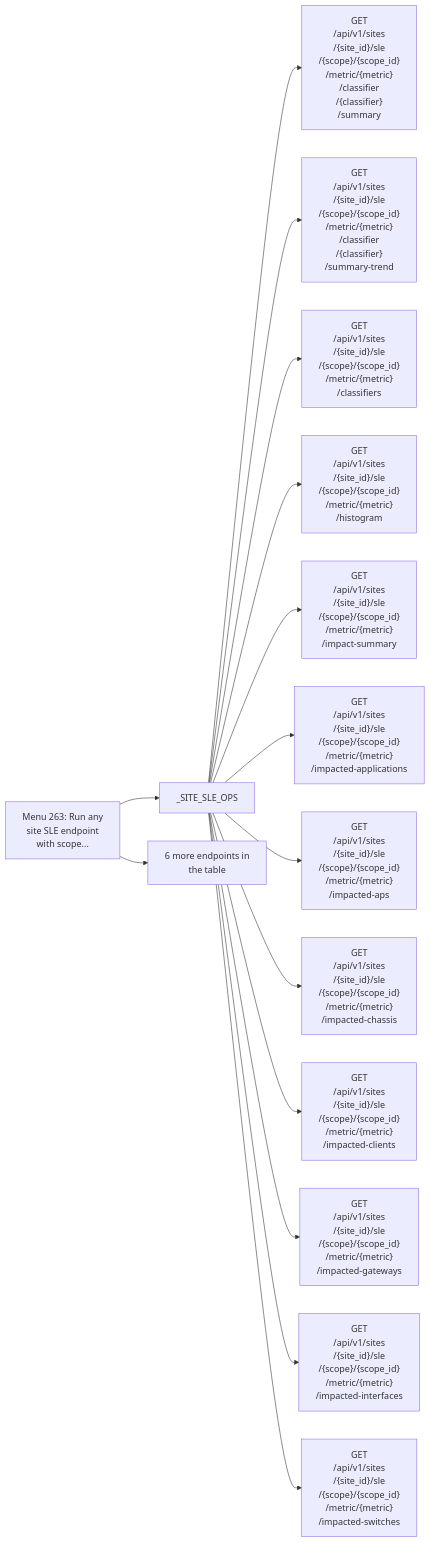
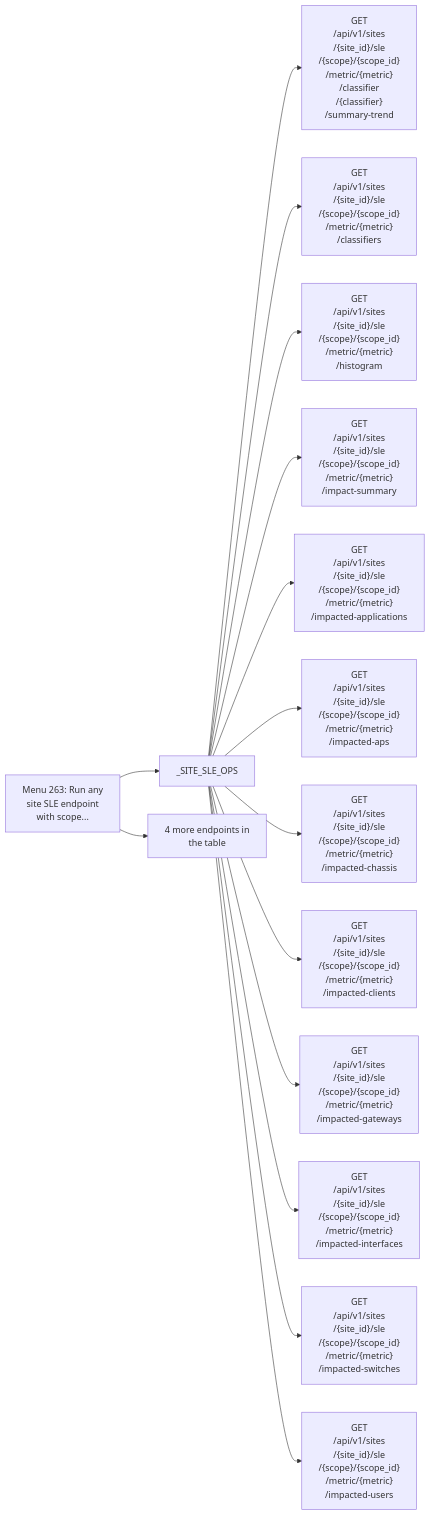
Diagram 20 of 27 in documentation/menu-api/interactive-safe.md (jmorrison-juniper/MistHelper), drawn with Mermaid before and after one commit. The commit also changed other lines of this file and 22 other files, not shown here.

````diff
--- a/documentation/menu-api/interactive-safe.md
+++ b/documentation/menu-api/interactive-safe.md
@@ -1633,18 +1633,18 @@
 ```mermaid
 flowchart LR
     menu["Menu 263: Run any<br/>site SLE endpoint<br/>with scope..."]
     menu --> c1["_SITE_SLE_OPS"]
-    c1 --> e1["GET<br/>/api/v1/sites<br/>/{site_id}/sle<br/>/{scope}/{scope_id}<br/>/metric/{metric}<br/>/classifier<br/>/{classifier}<br/>/summary"]
-    c1 --> e2["GET<br/>/api/v1/sites<br/>/{site_id}/sle<br/>/{scope}/{scope_id}<br/>/metric/{metric}<br/>/classifier<br/>/{classifier}<br/>/summary-trend"]
-    c1 --> e3["GET<br/>/api/v1/sites<br/>/{site_id}/sle<br/>/{scope}/{scope_id}<br/>/metric/{metric}<br/>/classifiers"]
-    c1 --> e4["GET<br/>/api/v1/sites<br/>/{site_id}/sle<br/>/{scope}/{scope_id}<br/>/metric/{metric}<br/>/histogram"]
-    c1 --> e5["GET<br/>/api/v1/sites<br/>/{site_id}/sle<br/>/{scope}/{scope_id}<br/>/metric/{metric}<br/>/impact-summary"]
-    c1 --> e6["GET<br/>/api/v1/sites<br/>/{site_id}/sle<br/>/{scope}/{scope_id}<br/>/metric/{metric}<br/>/impacted-applications"]
-    c1 --> e7["GET<br/>/api/v1/sites<br/>/{site_id}/sle<br/>/{scope}/{scope_id}<br/>/metric/{metric}<br/>/impacted-aps"]
-    c1 --> e8["GET<br/>/api/v1/sites<br/>/{site_id}/sle<br/>/{scope}/{scope_id}<br/>/metric/{metric}<br/>/impacted-chassis"]
-    c1 --> e9["GET<br/>/api/v1/sites<br/>/{site_id}/sle<br/>/{scope}/{scope_id}<br/>/metric/{metric}<br/>/impacted-clients"]
-    c1 --> e10["GET<br/>/api/v1/sites<br/>/{site_id}/sle<br/>/{scope}/{scope_id}<br/>/metric/{metric}<br/>/impacted-gateways"]
-    c1 --> e11["GET<br/>/api/v1/sites<br/>/{site_id}/sle<br/>/{scope}/{scope_id}<br/>/metric/{metric}<br/>/impacted-interfaces"]
-    c1 --> e12["GET<br/>/api/v1/sites<br/>/{site_id}/sle<br/>/{scope}/{scope_id}<br/>/metric/{metric}<br/>/impacted-switches"]
-    menu --> more["6 more endpoints in<br/>the table"]
+    c1 --> e1["GET<br/>/api/v1/sites<br/>/{site_id}/sle<br/>/{scope}/{scope_id}<br/>/metric/{metric}<br/>/classifier<br/>/{classifier}<br/>/summary-trend"]
+    c1 --> e2["GET<br/>/api/v1/sites<br/>/{site_id}/sle<br/>/{scope}/{scope_id}<br/>/metric/{metric}<br/>/classifiers"]
+    c1 --> e3["GET<br/>/api/v1/sites<br/>/{site_id}/sle<br/>/{scope}/{scope_id}<br/>/metric/{metric}<br/>/histogram"]
+    c1 --> e4["GET<br/>/api/v1/sites<br/>/{site_id}/sle<br/>/{scope}/{scope_id}<br/>/metric/{metric}<br/>/impact-summary"]
+    c1 --> e5["GET<br/>/api/v1/sites<br/>/{site_id}/sle<br/>/{scope}/{scope_id}<br/>/metric/{metric}<br/>/impacted-applications"]
+    c1 --> e6["GET<br/>/api/v1/sites<br/>/{site_id}/sle<br/>/{scope}/{scope_id}<br/>/metric/{metric}<br/>/impacted-aps"]
+    c1 --> e7["GET<br/>/api/v1/sites<br/>/{site_id}/sle<br/>/{scope}/{scope_id}<br/>/metric/{metric}<br/>/impacted-chassis"]
+    c1 --> e8["GET<br/>/api/v1/sites<br/>/{site_id}/sle<br/>/{scope}/{scope_id}<br/>/metric/{metric}<br/>/impacted-clients"]
+    c1 --> e9["GET<br/>/api/v1/sites<br/>/{site_id}/sle<br/>/{scope}/{scope_id}<br/>/metric/{metric}<br/>/impacted-gateways"]
+    c1 --> e10["GET<br/>/api/v1/sites<br/>/{site_id}/sle<br/>/{scope}/{scope_id}<br/>/metric/{metric}<br/>/impacted-interfaces"]
+    c1 --> e11["GET<br/>/api/v1/sites<br/>/{site_id}/sle<br/>/{scope}/{scope_id}<br/>/metric/{metric}<br/>/impacted-switches"]
+    c1 --> e12["GET<br/>/api/v1/sites<br/>/{site_id}/sle<br/>/{scope}/{scope_id}<br/>/metric/{metric}<br/>/impacted-users"]
+    menu --> more["4 more endpoints in<br/>the table"]
 ```
````
